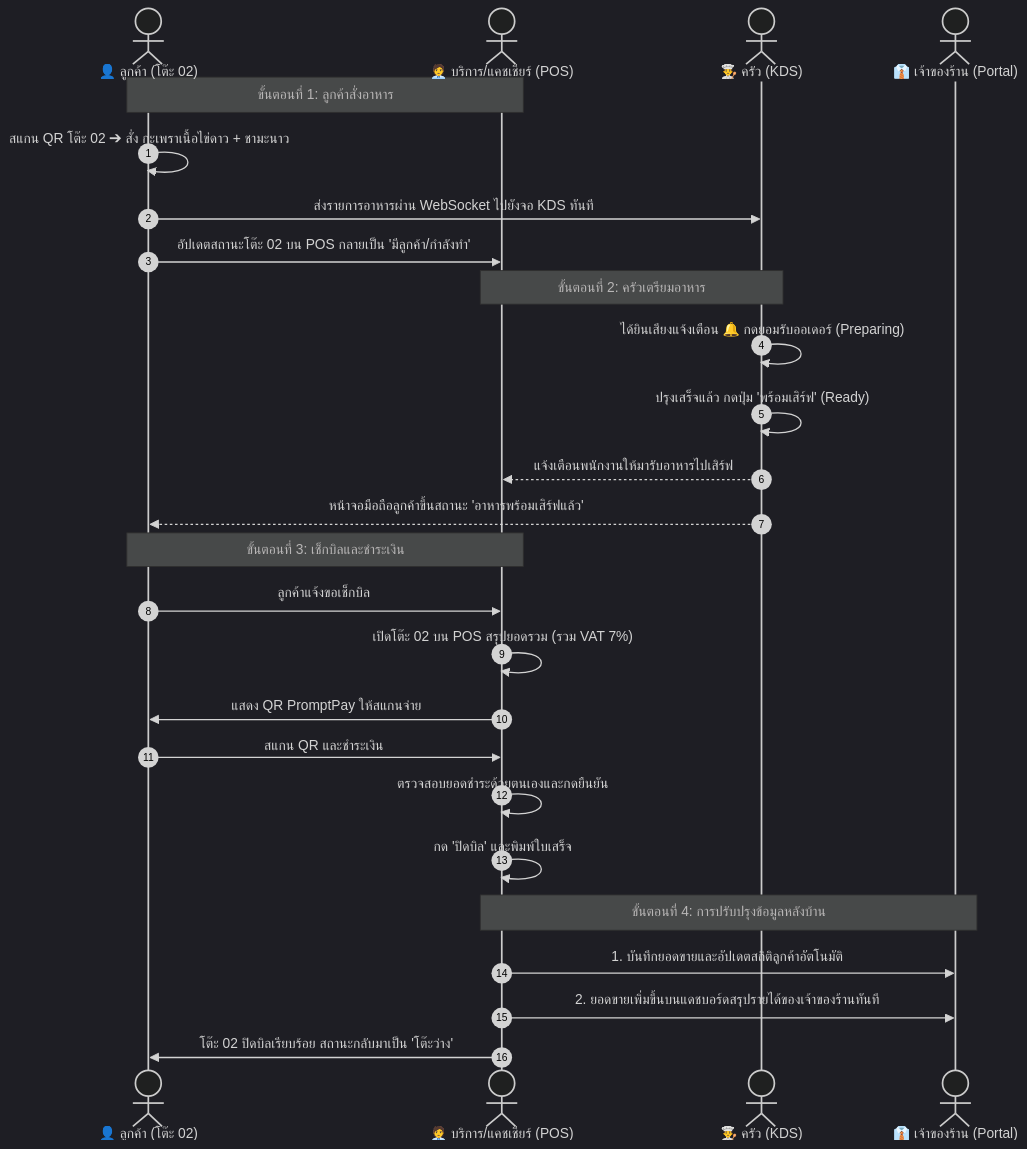
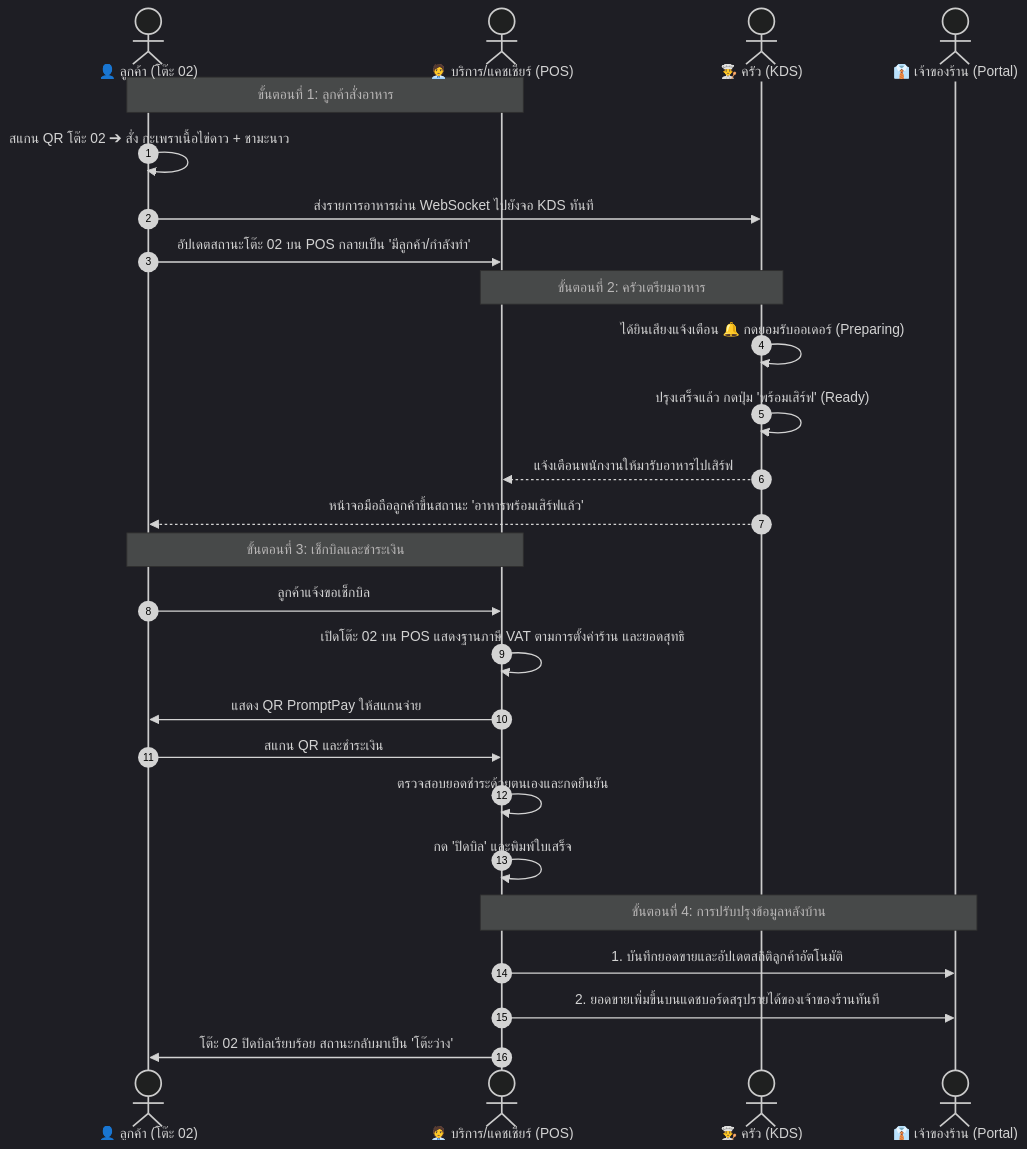
Before and after one commit to landmark-168/1101911: the eighth of 10 diagrams in USERFLOW.md, drawn with Mermaid (dark theme). The commit also changed other lines of this file and 5 other files, not shown here.

````diff
--- a/USERFLOW.md
+++ b/USERFLOW.md
@@ -249,32 +257,32 @@
 ```mermaid
 sequenceDiagram
     autonumber
     actor Customer as 👤 ลูกค้า (โต๊ะ 02)
     actor Waiter as 🧑‍💼 บริการ/แคชเชียร์ (POS)
     actor Chef as 👨‍🍳 ครัว (KDS)
     actor Owner as 👔 เจ้าของร้าน (Portal)
 
     Note over Customer, Waiter: ขั้นตอนที่ 1: ลูกค้าสั่งอาหาร
     Customer->>Customer: สแกน QR โต๊ะ 02 ➔ สั่ง กะเพราเนื้อไข่ดาว + ชามะนาว
     Customer->>Chef: ส่งรายการอาหารผ่าน WebSocket ไปยังจอ KDS ทันที
     Customer->>Waiter: อัปเดตสถานะโต๊ะ 02 บน POS กลายเป็น 'มีลูกค้า/กำลังทำ'
 
     Note over Chef, Waiter: ขั้นตอนที่ 2: ครัวเตรียมอาหาร
     Chef->>Chef: ได้ยินเสียงแจ้งเตือน 🔔 กดยอมรับออเดอร์ (Preparing)
     Chef->>Chef: ปรุงเสร็จแล้ว กดปุ่ม 'พร้อมเสิร์ฟ' (Ready)
     Chef-->>Waiter: แจ้งเตือนพนักงานให้มารับอาหารไปเสิร์ฟ
     Chef-->>Customer: หน้าจอมือถือลูกค้าขึ้นสถานะ 'อาหารพร้อมเสิร์ฟแล้ว'
 
     Note over Customer, Waiter: ขั้นตอนที่ 3: เช็กบิลและชำระเงิน
     Customer->>Waiter: ลูกค้าแจ้งขอเช็กบิล
-    Waiter->>Waiter: เปิดโต๊ะ 02 บน POS สรุปยอดรวม (รวม VAT 7%)
+    Waiter->>Waiter: เปิดโต๊ะ 02 บน POS แสดงฐานภาษี VAT ตามการตั้งค่าร้าน และยอดสุทธิ
     Waiter->>Customer: แสดง QR PromptPay ให้สแกนจ่าย
     Customer->>Waiter: สแกน QR และชำระเงิน
     Waiter->>Waiter: ตรวจสอบยอดชำระด้วยตนเองและกดยืนยัน
     Waiter->>Waiter: กด 'ปิดบิล' และพิมพ์ใบเสร็จ
 
     Note over Waiter, Owner: ขั้นตอนที่ 4: การปรับปรุงข้อมูลหลังบ้าน
     Waiter->>Owner: 1. บันทึกยอดขายและอัปเดตสถิติลูกค้าอัตโนมัติ
     Waiter->>Owner: 2. ยอดขายเพิ่มขึ้นบนแดชบอร์ดสรุปรายได้ของเจ้าของร้านทันที
     Waiter->>Customer: โต๊ะ 02 ปิดบิลเรียบร้อย สถานะกลับมาเป็น 'โต๊ะว่าง'
 ```
````
